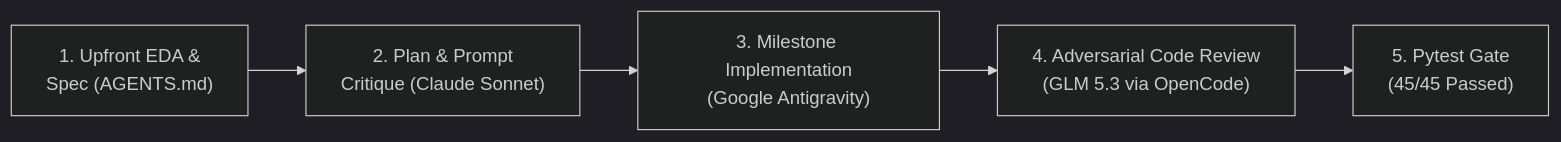
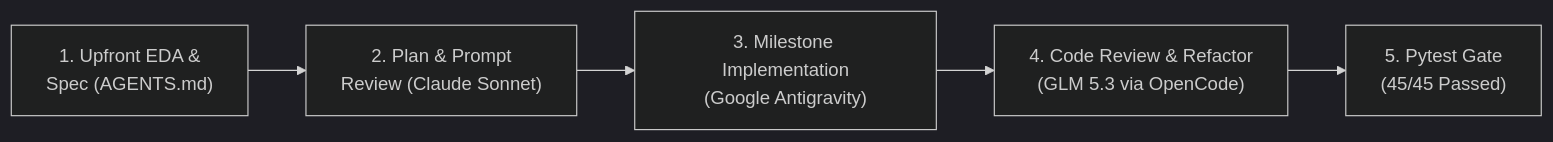
Before and after one commit to owmyr/Artefact: the second of 2 diagrams in README.md, drawn with Mermaid (dark theme). The commit also changed other lines of this file and 10 other files, not shown here.

````diff
--- a/README.md
+++ b/README.md
@@ -401,7 +405,7 @@
 ```mermaid
 flowchart LR
-    EDA["1. Upfront EDA &<br/>Spec (AGENTS.md)"] --> PLAN["2. Plan & Prompt<br/>Critique (Claude Sonnet)"]
+    EDA["1. Upfront EDA &<br/>Spec (AGENTS.md)"] --> PLAN["2. Plan & Prompt<br/>Review (Claude Sonnet)"]
     PLAN --> IMPL["3. Milestone Implementation<br/>(Google Antigravity)"]
-    IMPL --> ADV["4. Adversarial Code Review<br/>(GLM 5.3 via OpenCode)"]
+    IMPL --> ADV["4. Code Review & Refactor<br/>(GLM 5.3 via OpenCode)"]
     ADV --> TEST["5. Pytest Gate<br/>(45/45 Passed)"]
 ```
````
